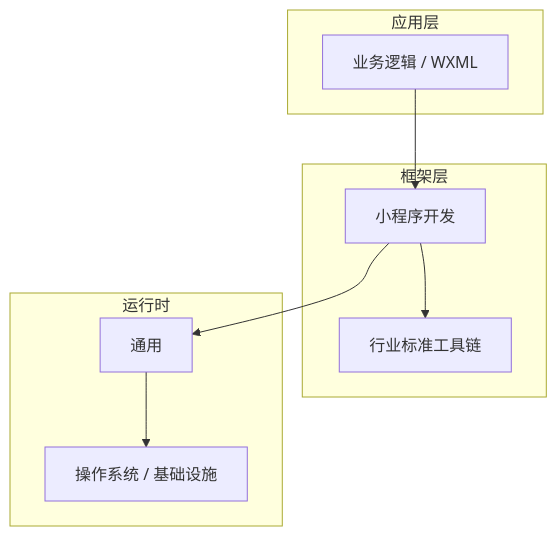
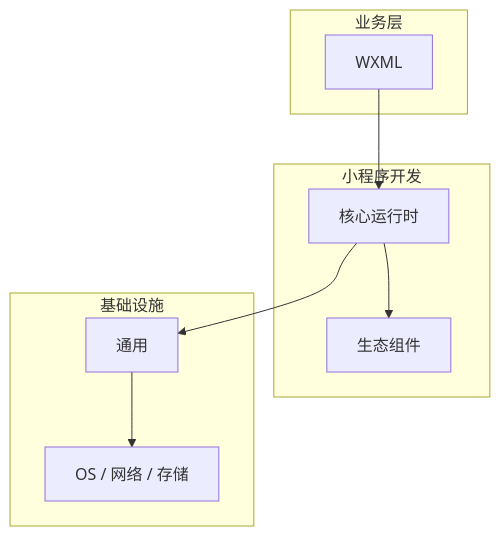
One commit to yanggan2015/knowledge-json-v2 changed the diagram in articles/小程序开发/chapters/008-WXML核心概念与原理.md. Above: the diagram before and after it, drawn with Mermaid. The commit also changed other lines of this file and 10127 other files, not shown here.

````diff
--- a/articles/小程序开发/chapters/008-WXML核心概念与原理.md
+++ b/articles/小程序开发/chapters/008-WXML核心概念与原理.md
@@ -45,18 +34,18 @@
 ```mermaid
 graph TB
-    subgraph 应用层
-        A[业务逻辑 / WXML]
+    subgraph 业务层
+        A[WXML]
     end
-    subgraph 框架层
-        B[小程序开发]
-        C[行业标准工具链]
+    subgraph 小程序开发
+        B[核心运行时]
+        C[生态组件]
     end
-    subgraph 运行时
+    subgraph 基础设施
         D[通用]
-        E[操作系统 / 基础设施]
+        E[OS / 网络 / 存储]
     end
     A --> B
     B --> C
     B --> D
     D --> E
 ```
````
